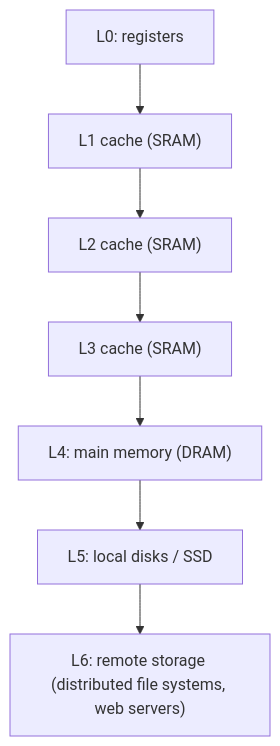
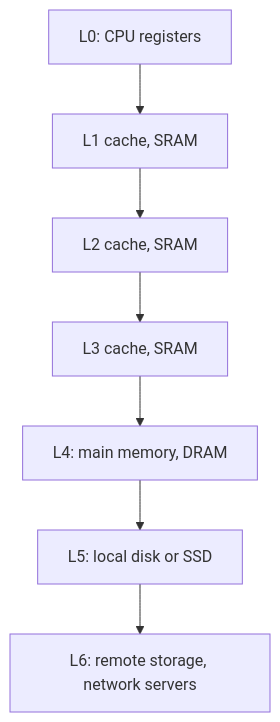
Before and after one commit to alvinnew100/grand-line-study-guide: the third of 3 diagrams in src/csapp/lessons/16-storage-locality.md, drawn with Mermaid. The commit also changed other lines of this file and 47 other files, not shown here.

````diff
--- a/src/csapp/lessons/16-storage-locality.md
+++ b/src/csapp/lessons/16-storage-locality.md
@@ -174,4 +274,9 @@
 ```mermaid
-graph TB
-  L0["L0: registers"] --> L1["L1 cache (SRAM)"] --> L2["L2 cache (SRAM)"] --> L3["L3 cache (SRAM)"] --> L4["L4: main memory (DRAM)"] --> L5["L5: local disks / SSD"] --> L6["L6: remote storage (distributed file systems, web servers)"]
+flowchart TD
+    L0[L0: CPU registers] --> L1[L1 cache, SRAM]
+    L1 --> L2[L2 cache, SRAM]
+    L2 --> L3[L3 cache, SRAM]
+    L3 --> L4[L4: main memory, DRAM]
+    L4 --> L5[L5: local disk or SSD]
+    L5 --> L6[L6: remote storage, network servers]
 ```
````
